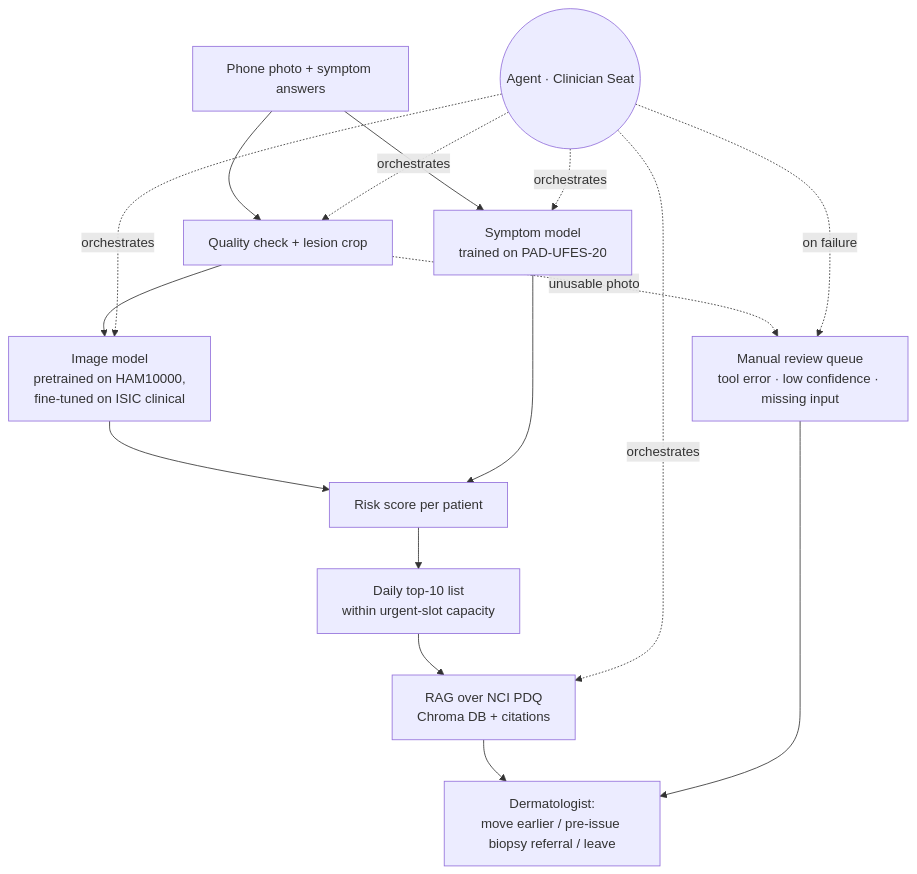
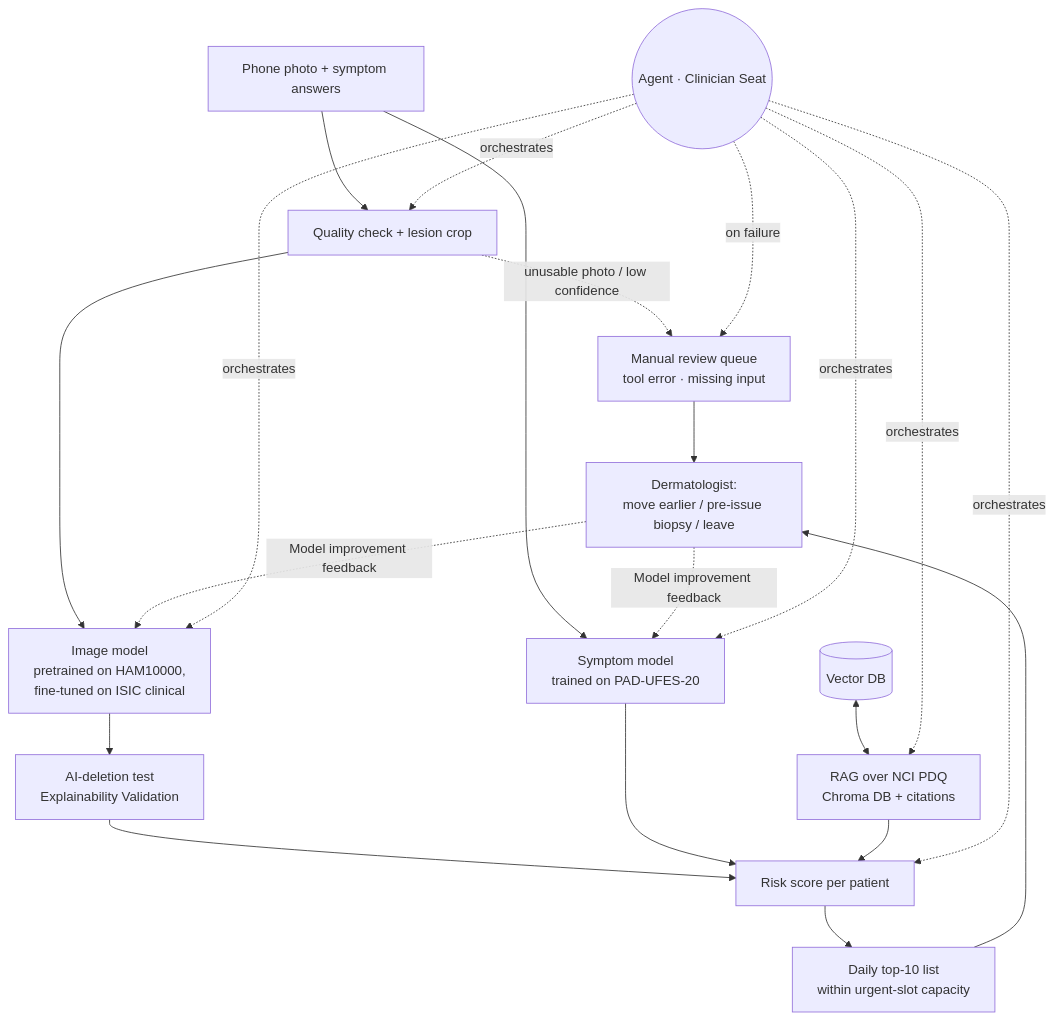
One commit to IfatDav/skin-lesion-assistant changed the diagram in CHARTER.md. Above: the diagram before and after it, drawn with Mermaid.

````diff
--- a/CHARTER.md
+++ b/CHARTER.md
@@ -56,14 +56,31 @@
 ```mermaid
 flowchart TD
+    %% Data Input & Quality Routing
     A[Phone photo + symptom answers] --> B[Quality check + lesion crop]
+    
+    %% Error and Low-Confidence Routing (Fail-safe)
+    B -. unusable photo / low confidence .-> M[Manual review queue<br/>tool error · missing input]
+    M --> F[Dermatologist:<br/>move earlier / pre-issue biopsy / leave]
+
+    %% Core Machine Learning Pipeline
     B --> C[Image model<br/>pretrained on HAM10000,<br/>fine-tuned on ISIC clinical]
     A --> S[Symptom model<br/>trained on PAD-UFES-20]
-    C & S --> D[Risk score per patient]
+    
+    %% NEW: Explainability Verification (AI-Deletion Test)
+    C --> XAI[AI-deletion test<br/>Explainability Validation]
+
+    %% Knowledge Base Layer (Fixed Position)
+    VectorDB[(Vector DB)] <--> RAG[RAG over NCI PDQ<br/>Chroma DB + citations]
+
+    %% Core Logic & Capacity Management
+    XAI & S & RAG --> D[Risk score per patient]
     D --> L[Daily top-10 list<br/>within urgent-slot capacity]
-    L --> E[RAG over NCI PDQ<br/>Chroma DB + citations]
-    E --> F[Dermatologist:<br/>move earlier / pre-issue biopsy referral / leave]
-    B -. unusable photo .-> M[Manual review queue<br/>tool error · low confidence · missing input]
-    M --> F
-    G((Agent · Clinician Seat)) -. orchestrates .-> B & C & S & E
+    L --> F
+
+    %% Human-in-the-Loop Feedback Loop (Continuous Learning)
+    F -.-> |Model improvement feedback| C & S
+
+    %% Agent Supervision Layer
+    G((Agent · Clinician Seat)) -. orchestrates .-> B & C & S & RAG & D
     G -. on failure .-> M
-```
+  ```
````
